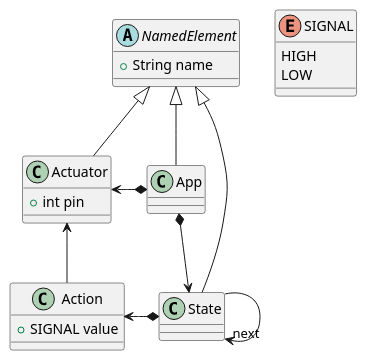
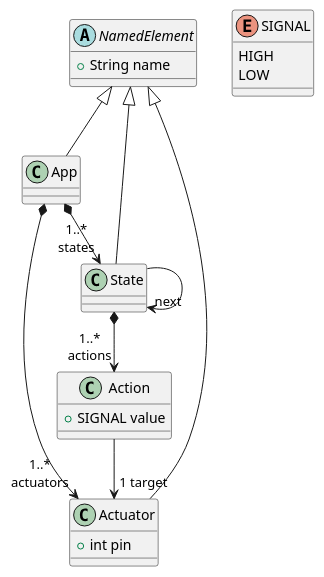
The diagram in lab_1/_code/step4/model.puml (mosser/sec-labs), drawn with PlantUML before and after one commit. The commit also changed 5 other files, not shown here.

```diff
--- a/lab_1/_code/step4/model.puml
+++ b/lab_1/_code/step4/model.puml
@@ -1,39 +1,35 @@
 @startuml
 
 abstract class NamedElement {
  + String name
 }
 
-class App {
-
-}
+class App
 
 class Actuator {
   + int pin
 }
 
-class State {
-
-}
+class State
 
 class Action {
   + SIGNAL value
 }
 
 enum SIGNAL {
     HIGH
     LOW
 }
 
 
 NamedElement <|-- App
 NamedElement <|-- Actuator
 NamedElement <|-- State
 
-App *-down-> State
-App *-left-> Actuator
+App *--> "1..*\nstates" State
+App *--> "1..*\nactuators" Actuator
 State --> "next" State
-State *-left-> Action
-Action -up-> Actuator
+State *--> "1..*\nactions" Action
+Action --> "1 target" Actuator
 
 @enduml
```
